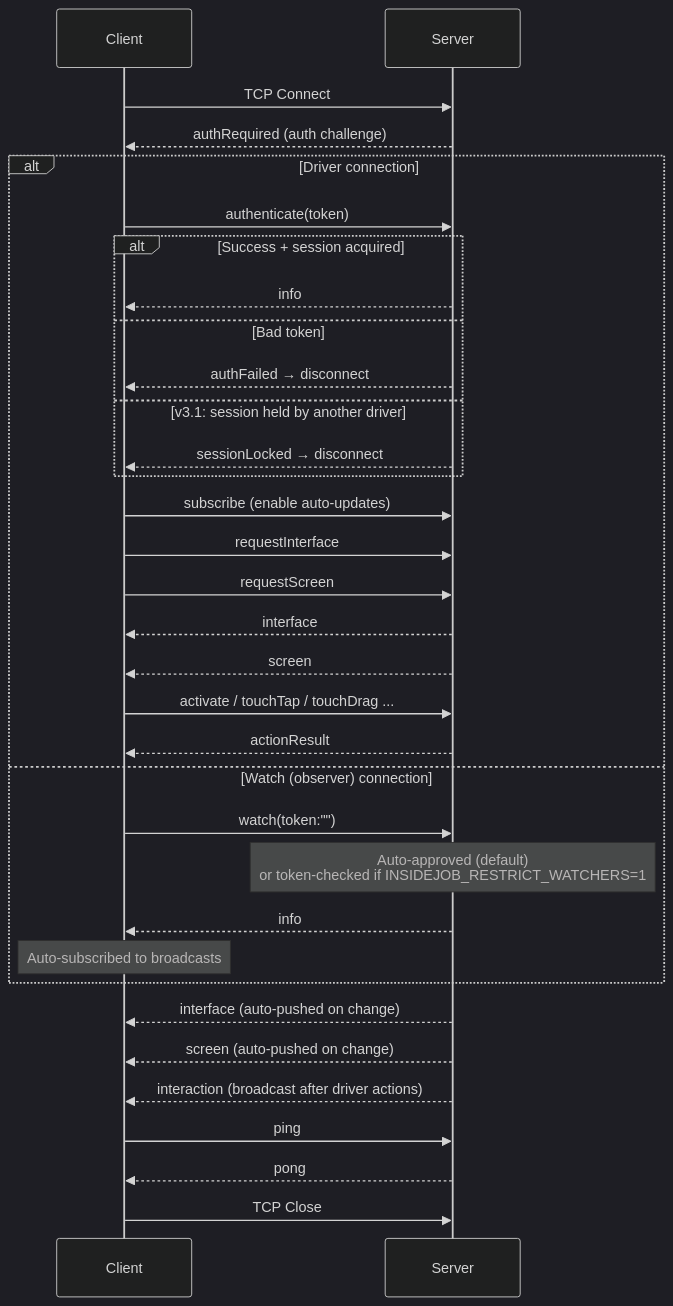
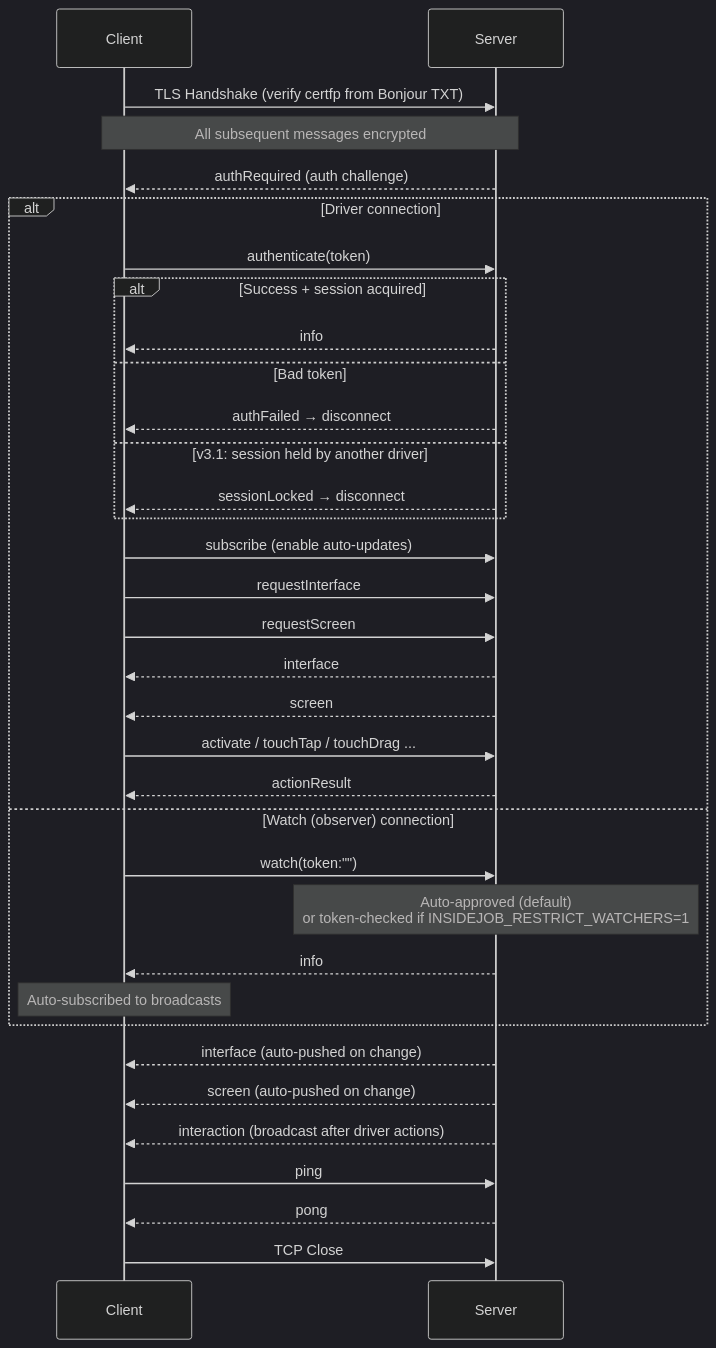
The first of 3 diagrams in docs/WIRE-PROTOCOL.md (RoyalPineapple/TheButtonHeist), drawn with Mermaid (dark theme) before and after one commit. The commit also changed other lines of this file and 23 other files, not shown here.

````diff
--- a/docs/WIRE-PROTOCOL.md
+++ b/docs/WIRE-PROTOCOL.md
@@ -38,43 +41,44 @@
 ```mermaid
 sequenceDiagram
     participant Client
     participant Server
 
-    Client->>Server: TCP Connect
+    Client->>Server: TLS Handshake (verify certfp from Bonjour TXT)
+    Note over Client,Server: All subsequent messages encrypted
     Server-->>Client: authRequired (auth challenge)
 
     alt Driver connection
         Client->>Server: authenticate(token)
 
         alt Success + session acquired
             Server-->>Client: info
         else Bad token
             Server-->>Client: authFailed → disconnect
         else v3.1: session held by another driver
             Server-->>Client: sessionLocked → disconnect
         end
 
         Client->>Server: subscribe (enable auto-updates)
         Client->>Server: requestInterface
         Client->>Server: requestScreen
         Server-->>Client: interface
         Server-->>Client: screen
 
         Client->>Server: activate / touchTap / touchDrag ...
         Server-->>Client: actionResult
     else Watch (observer) connection
         Client->>Server: watch(token:"")
         Note over Server: Auto-approved (default)<br>or token-checked if INSIDEJOB_RESTRICT_WATCHERS=1
         Server-->>Client: info
         Note over Client: Auto-subscribed to broadcasts
     end
 
     Server-->>Client: interface (auto-pushed on change)
     Server-->>Client: screen (auto-pushed on change)
     Server-->>Client: interaction (broadcast after driver actions)
 
     Client->>Server: ping
     Server-->>Client: pong
 
     Client->>Server: TCP Close
 ```
````
